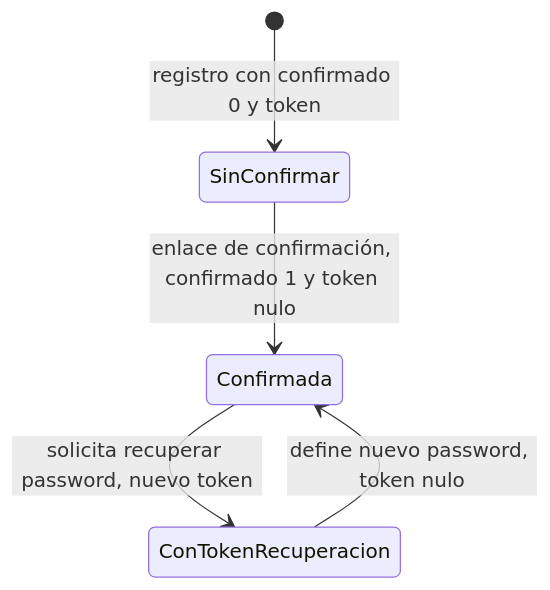
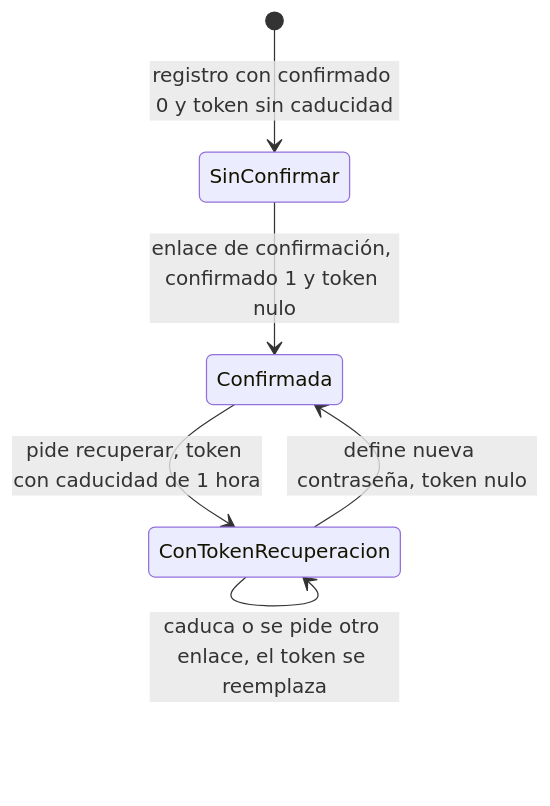
The third of 14 diagrams in docs_santitask.md (JCChoqueM/Santi-Task), drawn with Mermaid before and after one commit. The commit also changed other lines of this file, not shown here.

Commit message:
Paso 10a: secciones 3 y 4 de docs_santitask.md alineadas con ClaudeTask (roles, partes, vinculos, API)

````diff
--- a/docs_santitask.md
+++ b/docs_santitask.md
@@ -298,7 +352,8 @@
 ```mermaid
 stateDiagram-v2
-    [*] --> SinConfirmar: registro con confirmado 0 y token
+    [*] --> SinConfirmar: registro con confirmado 0 y token sin caducidad
     SinConfirmar --> Confirmada: enlace de confirmación, confirmado 1 y token nulo
-    Confirmada --> ConTokenRecuperacion: solicita recuperar password, nuevo token
-    ConTokenRecuperacion --> Confirmada: define nuevo password, token nulo
+    Confirmada --> ConTokenRecuperacion: pide recuperar, token con caducidad de 1 hora
+    ConTokenRecuperacion --> Confirmada: define nueva contraseña, token nulo
+    ConTokenRecuperacion --> ConTokenRecuperacion: caduca o se pide otro enlace, el token se reemplaza
 ```
````
